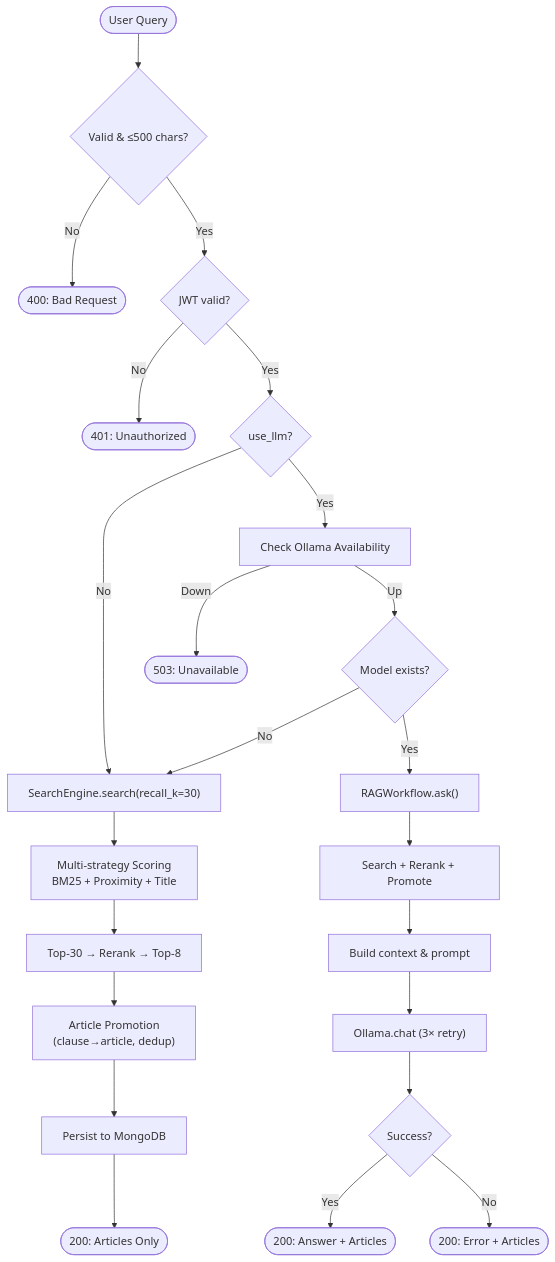
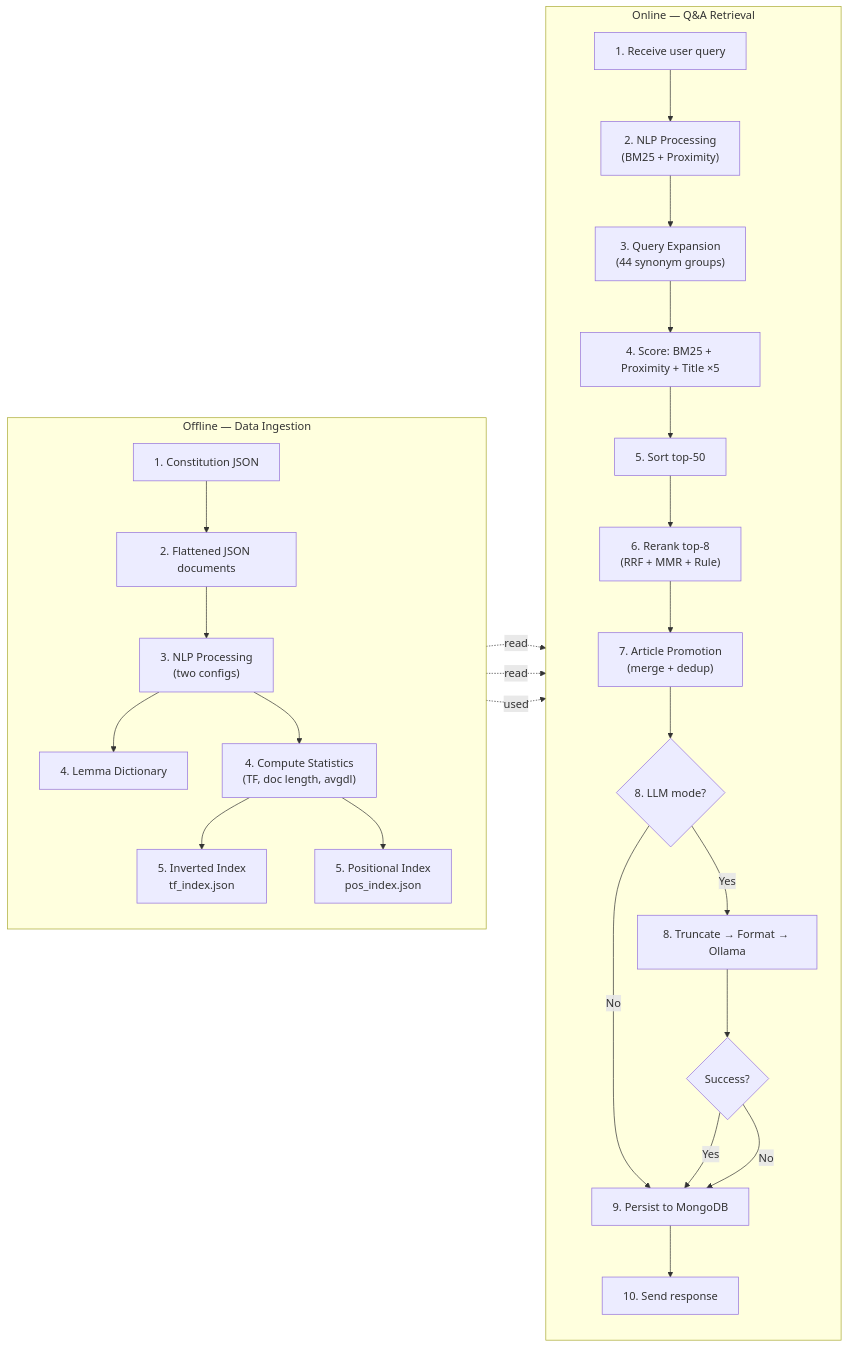
Before and after one commit to ronishg27/Explainable-Constitutional-IR-and-Assistance-System: the diagram in docs/mermaid/codes/activity_diagram.mmd, drawn with Mermaid. The commit also changed 72 other files, not shown here.

First line of the commit message:
refactor: DRY up request validation, JSON loading, and article promotion

```diff
--- a/docs/mermaid/codes/activity_diagram.mmd
+++ b/docs/mermaid/codes/activity_diagram.mmd
@@ -1,28 +1,60 @@
-flowchart TD
-    Start(["User Query"]) --> Validate{"Valid & ≤500 chars?"}
-    Validate -->|No| Bad(["400: Bad Request"])
-    Validate -->|Yes| Auth{"JWT valid?"}
-    Auth -->|No| UnAuth(["401: Unauthorized"])
-    Auth -->|Yes| LLM{"use_llm?"}
+%% flowchart TD
+%%     Start(["User Query"]) --> Validate{"Valid & ≤500 chars?"}
+%%     Validate -->|No| Bad(["400: Bad Request"])
+%%     Validate -->|Yes| Auth{"JWT valid?"}
+%%     Auth -->|No| UnAuth(["401: Unauthorized"])
+%%     Auth -->|Yes| LLM{"use_llm?"}
 
-    LLM -->|No| Search["SearchEngine.search(recall_k=30)"]
-    LLM -->|Yes| Check["Check Ollama Availability"]
+%%     LLM -->|No| Search["SearchEngine.search(recall_k=30)"]
+%%     LLM -->|Yes| Check["Check Ollama Availability"]
 
-    Check -->|Down| Down(["503: Unavailable"])
-    Check -->|Up| Model{"Model exists?"}
-    Model -->|No| Search
-    Model -->|Yes| Full["RAGWorkflow.ask()"]
+%%     Check -->|Down| Down(["503: Unavailable"])
+%%     Check -->|Up| Model{"Model exists?"}
+%%     Model -->|No| Search
+%%     Model -->|Yes| Full["RAGWorkflow.ask()"]
 
-    Search --> Score["Multi-strategy Scoring<br/>BM25 + Proximity + Title"]
-    Score --> Top["Top-30 → Rerank → Top-8"]
-    Top --> Promote["Article Promotion<br/>(clause→article, dedup)"]
-    Promote --> Persist["Persist to MongoDB"]
+%%     Search --> Score["Multi-strategy Scoring<br/>BM25 + Proximity + Title"]
+%%     Score --> Top["Top-30 → Rerank → Top-8"]
+%%     Top --> Promote["Article Promotion<br/>(clause→article, dedup)"]
+%%     Promote --> Persist["Persist to MongoDB"]
 
-    Full --> FullSearch["Search + Rerank + Promote"]
-    FullSearch --> Format["Build context & prompt"]
-    Format --> LLMCall["Ollama.chat (3× retry)"]
-    LLMCall --> OK{"Success?"}
-    OK -->|Yes| Return(["200: Answer + Articles"])
-    OK -->|No| Err(["200: Error + Articles"])
+%%     Full --> FullSearch["Search + Rerank + Promote"]
+%%     FullSearch --> Format["Build context & prompt"]
+%%     Format --> LLMCall["Ollama.chat (3× retry)"]
+%%     LLMCall --> OK{"Success?"}
+%%     OK -->|Yes| Return(["200: Answer + Articles"])
+%%     OK -->|No| Err(["200: Error + Articles"])
 
-    Persist --> RetOnly(["200: Articles Only"])
+%%     Persist --> RetOnly(["200: Articles Only"])
+
+flowchart LR
+    subgraph OFFLINE["Offline — Data Ingestion"]
+        direction TB
+        O1["1. Constitution JSON"] --> O2["2. Flattened JSON documents"]
+        O2 --> O3["3. NLP Processing<br/>(two configs)"]
+        O3 --> O4["4. Lemma Dictionary"]
+        O3 --> O5["4. Compute Statistics<br/>(TF, doc length, avgdl)"]
+        O5 --> O6["5. Inverted Index<br/>tf_index.json"]
+        O5 --> O7["5. Positional Index<br/>pos_index.json"]
+    end
+
+    subgraph ONLINE["Online — Q&A Retrieval"]
+        direction TB
+        A["1. Receive user query"] --> B["2. NLP Processing<br/>(BM25 + Proximity)"]
+        B --> C["3. Query Expansion<br/>(44 synonym groups)"]
+        C --> D["4. Score: BM25 + Proximity + Title ×5"]
+        D --> E["5. Sort top-50"]
+        E --> F["6. Rerank top-8<br/>(RRF + MMR + Rule)"]
+        F --> G["7. Article Promotion<br/>(merge + dedup)"]
+        G --> H{"8. LLM mode?"}
+        H -->|No| I["9. Persist to MongoDB"]
+        H -->|Yes| J["8. Truncate → Format → Ollama"]
+        J --> K{"Success?"}
+        K -->|Yes| I
+        K -->|No| I
+        I --> L["10. Send response"]
+    end
+
+    O6 -.->|"read"| D
+    O7 -.->|"read"| D
+    O4 -.->|"used"| B
```
